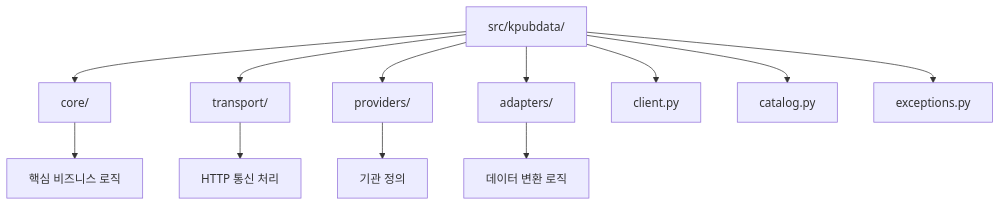
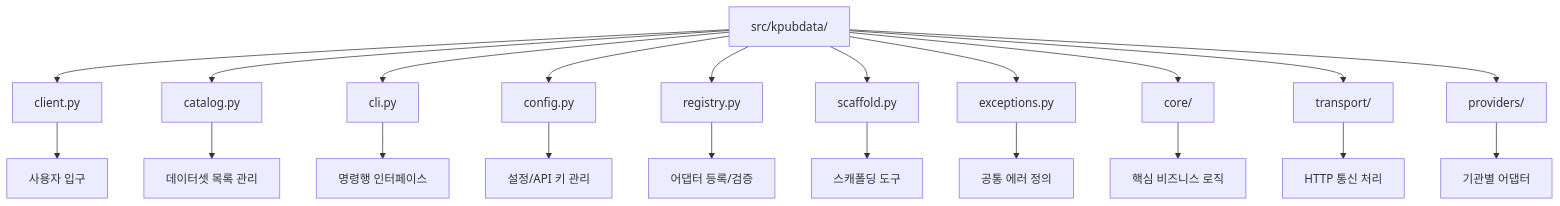
Before and after one commit to yeongseon/kpubdata: the second of 3 diagrams in AGENTS.md, drawn with Mermaid. The commit also changed other lines of this file, not shown here.

````diff
--- a/AGENTS.md
+++ b/AGENTS.md
@@ -176,15 +205,24 @@
 ```mermaid
 graph TD
-    root[src/kpubdata/] --> core[core/]
+    root[src/kpubdata/] --> client[client.py]
+    root --> catalog[catalog.py]
+    root --> cli[cli.py]
+    root --> config[config.py]
+    root --> registry[registry.py]
+    root --> scaffold[scaffold.py]
+    root --> exceptions[exceptions.py]
+    root --> core[core/]
     root --> transport[transport/]
     root --> providers[providers/]
-    root --> adapters[adapters/]
-    root --> client[client.py]
-    root --> catalog[catalog.py]
-    root --> exceptions[exceptions.py]
 
+    client --> client_desc[사용자 입구]
+    catalog --> catalog_desc[데이터셋 목록 관리]
+    cli --> cli_desc[명령행 인터페이스]
+    config --> config_desc[설정/API 키 관리]
+    registry --> registry_desc[어댑터 등록/검증]
+    scaffold --> scaffold_desc[스캐폴딩 도구]
+    exceptions --> exceptions_desc[공통 에러 정의]
     core --> core_desc[핵심 비즈니스 로직]
     transport --> transport_desc[HTTP 통신 처리]
-    providers --> providers_desc[기관 정의]
-    adapters --> adapters_desc[데이터 변환 로직]
+    providers --> providers_desc[기관별 어댑터]
 ```
````
